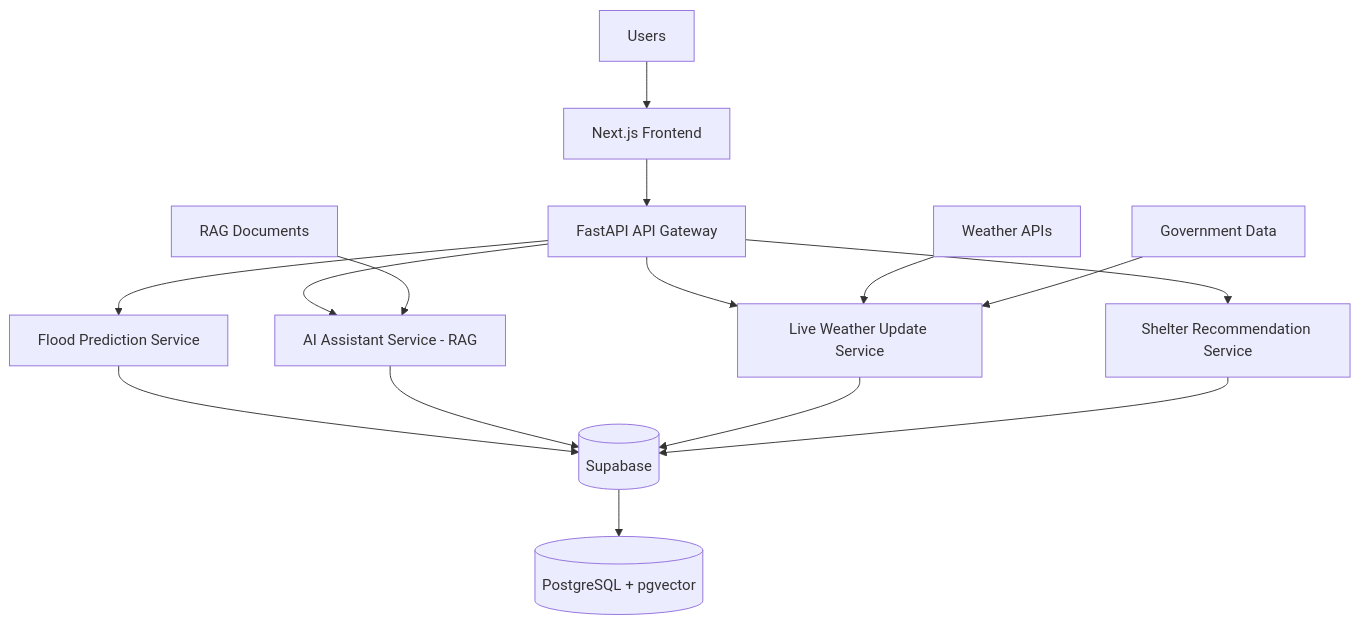
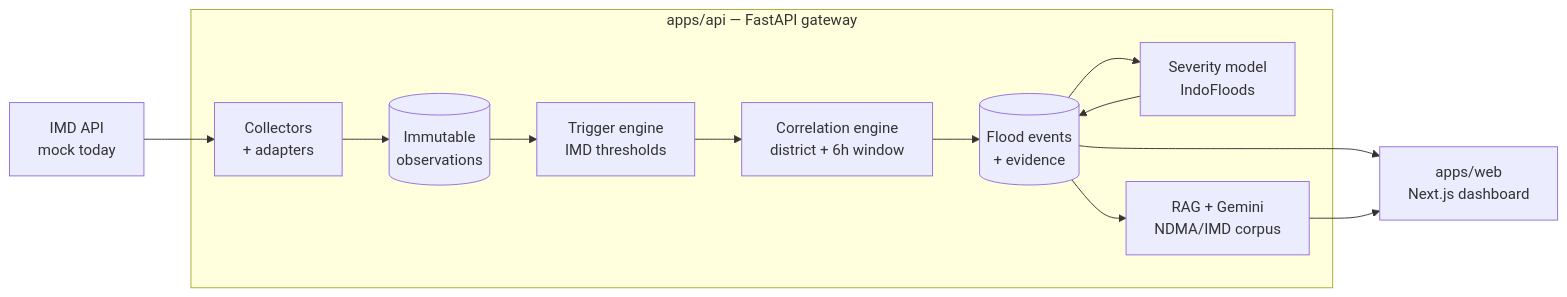
Before and after one commit to saketh119/FloodGuard: the diagram in README.md, drawn with Mermaid. The commit also changed other lines of this file and 219 other files, not shown here.

First line of the commit message:
Build the vertical slice: gateway, event engine, ML, RAG, Next.js UI

````diff
--- a/README.md
+++ b/README.md
@@ -11,30 +18,20 @@
 ```mermaid
-flowchart TD
-    U[Users]
-    F[Next.js Frontend]
-    G[FastAPI API Gateway]
-    P[Flood Prediction Service]
-    A[AI Assistant Service - RAG]
-    L[Live Weather Update Service]
-    S[Shelter Recommendation Service]
-    DB[(Supabase)]
-    PG[(PostgreSQL + pgvector)]
-    W[Weather APIs]
-    GOV[Government Data]
-    DOC[RAG Documents]
+flowchart LR
+    IMD[IMD API<br/>mock today]
+    subgraph GW["apps/api — FastAPI gateway"]
+        COL[Collectors<br/>+ adapters]
+        OBS[(Immutable<br/>observations)]
+        TRG[Trigger engine<br/>IMD thresholds]
+        COR[Correlation engine<br/>district + 6h window]
+        EVT[(Flood events<br/>+ evidence)]
+        ML[Severity model<br/>IndoFloods]
+        RAG[RAG + Gemini<br/>NDMA/IMD corpus]
+    end
+    WEB[apps/web<br/>Next.js dashboard]
 
-    U --> F
-    F --> G
-    G --> P
-    G --> A
-    G --> L
-    G --> S
-    P --> DB
-    A --> DB
-    L --> DB
-    S --> DB
-    DB --> PG
-    W --> L
-    GOV --> L
-    DOC --> A
+    IMD --> COL --> OBS --> TRG --> COR --> EVT
+    EVT --> ML --> EVT
+    EVT --> RAG
+    EVT --> WEB
+    RAG --> WEB
 ```
````
